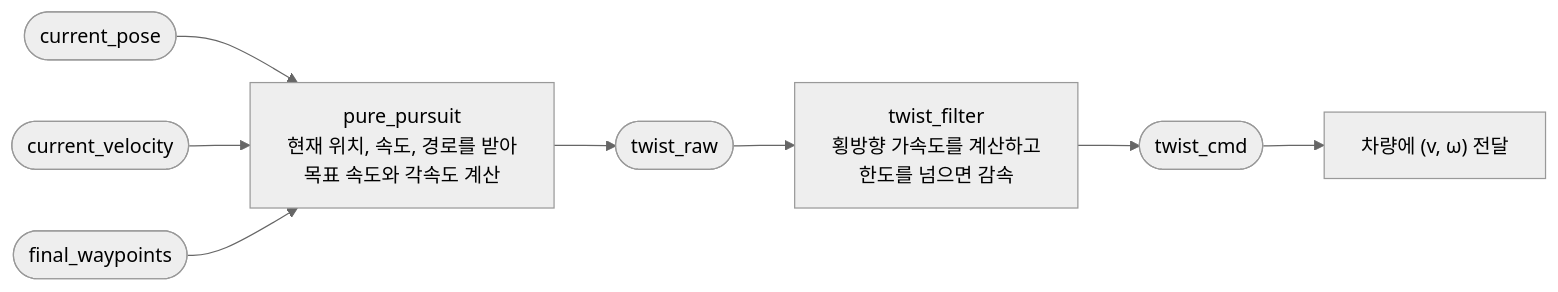
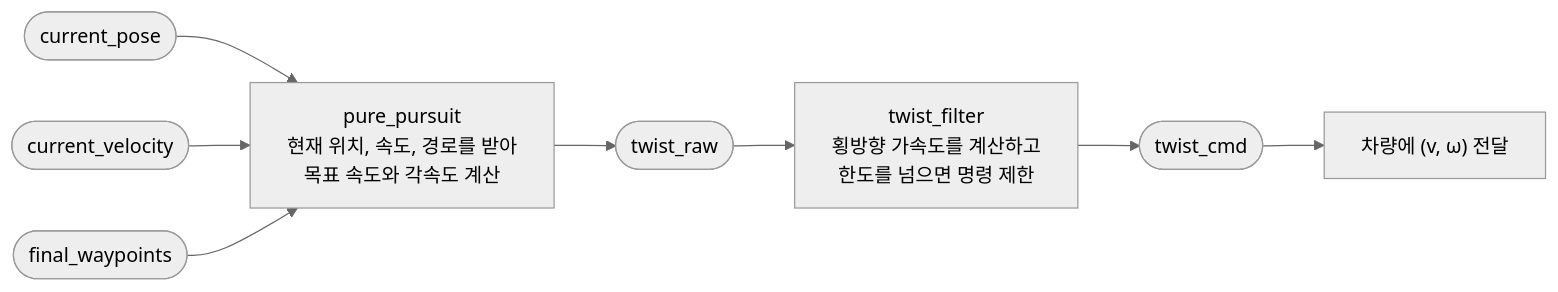
One commit to Choroning/25Spring_Autonomous-Mobile-Robot changed the seventh of 7 diagrams in Lecture-Notes/Week03_Autoware-Localization-and-Path-Planning/Concepts_Lecture.ko.md. Above: the diagram before and after it, drawn with Mermaid (neutral theme). The commit also changed other lines of this file and 37 other files, not shown here.

````diff
--- a/Lecture-Notes/Week03_Autoware-Localization-and-Path-Planning/Concepts_Lecture.ko.md
+++ b/Lecture-Notes/Week03_Autoware-Localization-and-Path-Planning/Concepts_Lecture.ko.md
@@ -564,10 +566,10 @@
 ```mermaid
 flowchart LR
     CP(["current_pose"]) --> PP["pure_pursuit<br>현재 위치, 속도, 경로를 받아<br>목표 속도와 각속도 계산"]
     CV(["current_velocity"]) --> PP
     FW(["final_waypoints"]) --> PP
     PP --> TR(["twist_raw"])
-    TR --> TF["twist_filter<br>횡방향 가속도를 계산하고<br>한도를 넘으면 감속"]
+    TR --> TF["twist_filter<br>횡방향 가속도를 계산하고<br>한도를 넘으면 명령 제한"]
     TF --> TC(["twist_cmd"])
     TC --> V["차량에 (v, ω) 전달"]
 ```
````
